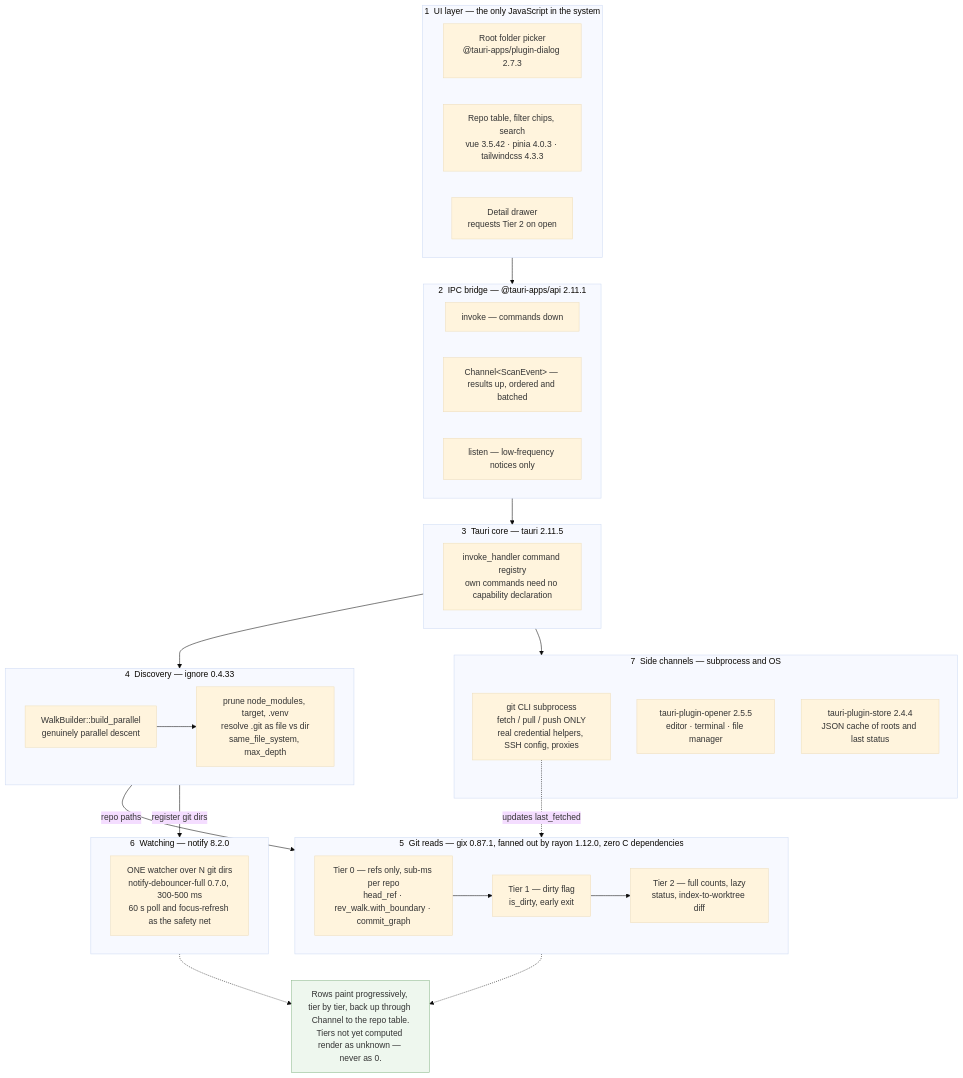
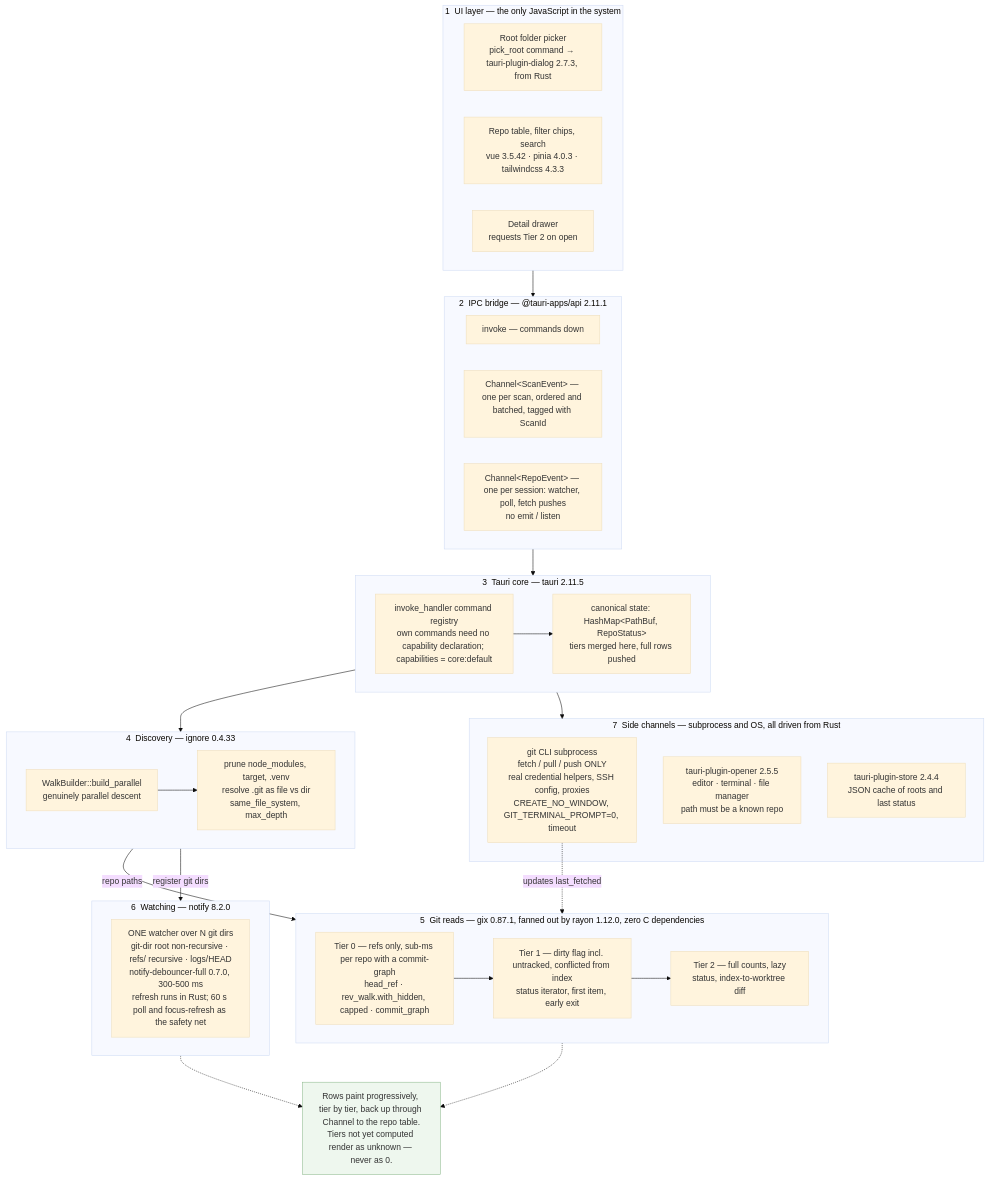
The diagram in README.md (b-meyer/repo-viewer), drawn with Mermaid (base theme) before and after one commit. The commit also changed other lines of this file and 3 other files, not shown here.

````diff
--- a/README.md
+++ b/README.md
@@ -21,56 +23,58 @@
 ```mermaid
 flowchart TB
     subgraph L1["1 &nbsp;UI layer &mdash; the only JavaScript in the system"]
-        L1A["Root folder picker<br/>@tauri-apps/plugin-dialog 2.7.3"]
+        L1A["Root folder picker<br/>pick_root command &rarr; tauri-plugin-dialog 2.7.3, from Rust"]
         L1B["Repo table, filter chips, search<br/>vue 3.5.42 &middot; pinia 4.0.3 &middot; tailwindcss 4.3.3"]
         L1C["Detail drawer<br/>requests Tier 2 on open"]
     end
 
     subgraph L2["2 &nbsp;IPC bridge &mdash; @tauri-apps/api 2.11.1"]
         L2A["invoke &mdash; commands down"]
-        L2B["Channel&lt;ScanEvent&gt; &mdash; results up, ordered and batched"]
-        L2C["listen &mdash; low-frequency notices only"]
+        L2B["Channel&lt;ScanEvent&gt; &mdash; one per scan, ordered and batched, tagged with ScanId"]
+        L2C["Channel&lt;RepoEvent&gt; &mdash; one per session: watcher, poll, fetch pushes<br/>no emit / listen"]
     end
 
     subgraph L3["3 &nbsp;Tauri core &mdash; tauri 2.11.5"]
-        L3A["invoke_handler command registry<br/>own commands need no capability declaration"]
+        L3A["invoke_handler command registry<br/>own commands need no capability declaration; capabilities = core:default"]
+        L3B["canonical state: HashMap&lt;PathBuf, RepoStatus&gt;<br/>tiers merged here, full rows pushed"]
     end
 
     subgraph L4["4 &nbsp;Discovery &mdash; ignore 0.4.33"]
         L4A["WalkBuilder::build_parallel<br/>genuinely parallel descent"]
         L4B["prune node_modules, target, .venv<br/>resolve .git as file vs dir<br/>same_file_system, max_depth"]
     end
 
     subgraph L5["5 &nbsp;Git reads &mdash; gix 0.87.1, fanned out by rayon 1.12.0, zero C dependencies"]
-        L5A["Tier 0 &mdash; refs only, sub-ms per repo<br/>head_ref &middot; rev_walk.with_boundary &middot; commit_graph"]
-        L5B["Tier 1 &mdash; dirty flag<br/>is_dirty, early exit"]
+        L5A["Tier 0 &mdash; refs only, sub-ms per repo with a commit-graph<br/>head_ref &middot; rev_walk.with_hidden, capped &middot; commit_graph"]
+        L5B["Tier 1 &mdash; dirty flag incl. untracked, conflicted from index<br/>status iterator, first item, early exit"]
         L5C["Tier 2 &mdash; full counts, lazy<br/>status, index-to-worktree diff"]
     end
 
     subgraph L6["6 &nbsp;Watching &mdash; notify 8.2.0"]
-        L6A["ONE watcher over N git dirs<br/>notify-debouncer-full 0.7.0, 300-500 ms<br/>60 s poll and focus-refresh as the safety net"]
+        L6A["ONE watcher over N git dirs<br/>git-dir root non-recursive &middot; refs/ recursive &middot; logs/HEAD<br/>notify-debouncer-full 0.7.0, 300-500 ms<br/>refresh runs in Rust; 60 s poll and focus-refresh as the safety net"]
     end
 
-    subgraph L7["7 &nbsp;Side channels &mdash; subprocess and OS"]
-        L7A["git CLI subprocess<br/>fetch / pull / push ONLY<br/>real credential helpers, SSH config, proxies"]
-        L7B["tauri-plugin-opener 2.5.5<br/>editor &middot; terminal &middot; file manager"]
+    subgraph L7["7 &nbsp;Side channels &mdash; subprocess and OS, all driven from Rust"]
+        L7A["git CLI subprocess<br/>fetch / pull / push ONLY<br/>real credential helpers, SSH config, proxies<br/>CREATE_NO_WINDOW, GIT_TERMINAL_PROMPT=0, timeout"]
+        L7B["tauri-plugin-opener 2.5.5<br/>editor &middot; terminal &middot; file manager<br/>path must be a known repo"]
         L7C["tauri-plugin-store 2.4.4<br/>JSON cache of roots and last status"]
     end
 
     OUT["Rows paint progressively, tier by tier, back up through Channel to the repo table.<br/>Tiers not yet computed render as unknown &mdash; never as 0."]
 
     L1 --> L2
     L2 --> L3
+    L3A --> L3B
     L3 --> L4
     L3 --> L7
     L4A --> L4B
     L4 -->|"repo paths"| L5
     L4 -->|"register git dirs"| L6
     L5A --> L5B
     L5B --> L5C
     L5 -.-> OUT
     L6 -.-> OUT
     L7A -.->|"updates last_fetched"| L5
 
     style OUT fill:#eef7ee,stroke:#8bb88b
 ```
````
